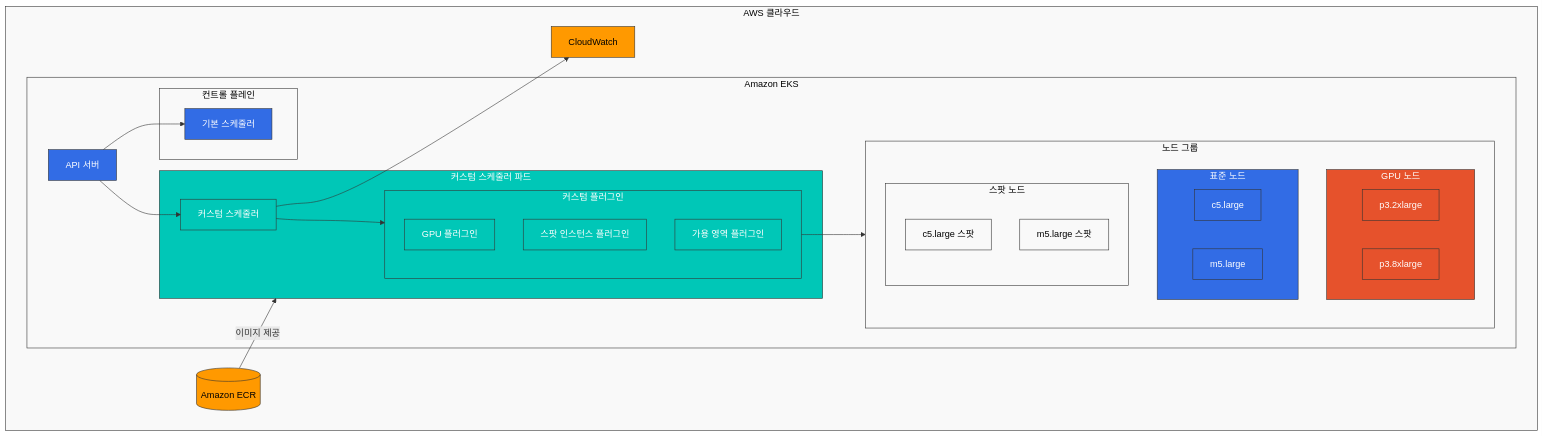
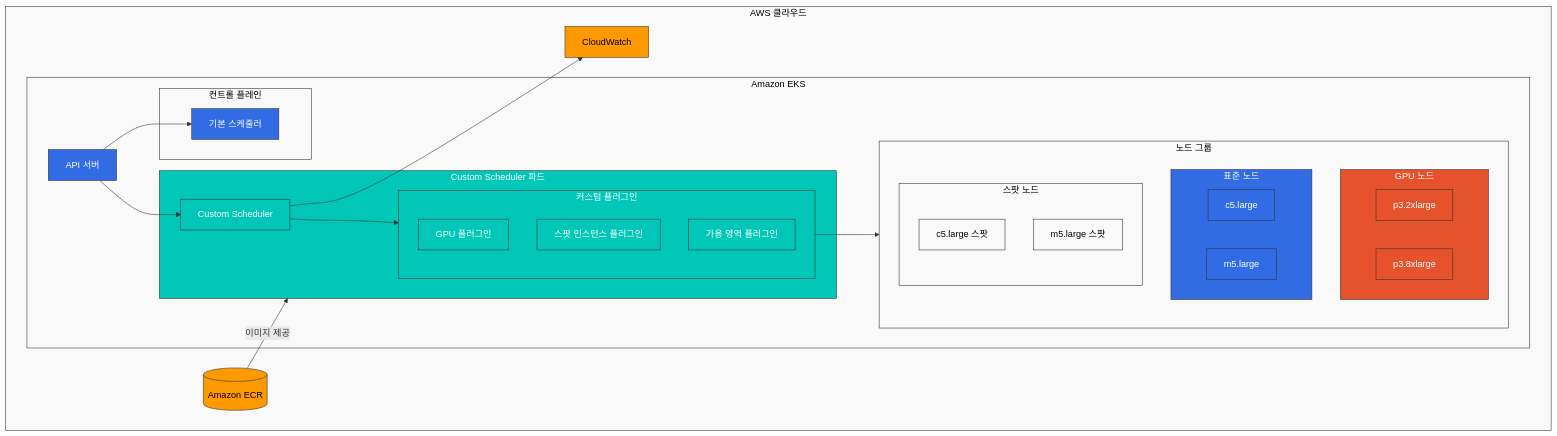
The fifth of 5 diagrams in advanced/02-custom-scheduler-part2.md (Atom-oh/kubernetes-docs), drawn with Mermaid before and after one commit. The commit also changed other lines of this file and 2 other files, not shown here.

Commit message:
Update custom scheduler files with standardized title format and fixed mermaid diagrams

````diff
--- a/advanced/02-custom-scheduler-part2.md
+++ b/advanced/02-custom-scheduler-part2.md
@@ -630,61 +630,61 @@
 ```mermaid
 flowchart TD
     subgraph AWS [AWS 클라우드]
         subgraph EKS [Amazon EKS]
             APIServer[API 서버]
             
             subgraph ControlPlane [컨트롤 플레인]
                 DefaultScheduler[기본 스케줄러]
             end
             
-            subgraph CustomSchedulerPod [커스텀 스케줄러 파드]
-                CustomScheduler[커스텀 스케줄러]
+            subgraph CustomSchedulerPod [Custom Scheduler 파드]
+                CustomScheduler[Custom Scheduler]
                 
                 subgraph CustomPlugins [커스텀 플러그인]
                     GPUPlugin[GPU 플러그인]
                     SpotPlugin[스팟 인스턴스 플러그인]
                     AZPlugin[가용 영역 플러그인]
                 end
             end
             
             subgraph NodeGroups [노드 그룹]
                 subgraph GPUNodes [GPU 노드]
                     GPUNode1[p3.2xlarge]
                     GPUNode2[p3.8xlarge]
                 end
                 
                 subgraph StandardNodes [표준 노드]
                     Node1[c5.large]
                     Node2[m5.large]
                 end
                 
                 subgraph SpotNodes [스팟 노드]
                     SpotNode1[c5.large 스팟]
                     SpotNode2[m5.large 스팟]
                 end
             end
         end
         
         ECR[(Amazon ECR)]
         CloudWatch[CloudWatch]
     end
     
     ECR -- 이미지 제공 --> CustomSchedulerPod
     APIServer --> DefaultScheduler
     APIServer --> CustomScheduler
     CustomScheduler --> CustomPlugins
     CustomPlugins --> NodeGroups
     CustomScheduler --> CloudWatch
     
     classDef awsService fill:#FF9900,stroke:#333,stroke-width:1px,color:black;
     classDef k8sComponent fill:#326CE5,stroke:#333,stroke-width:1px,color:white;
     classDef customComponent fill:#00C7B7,stroke:#333,stroke-width:1px,color:white;
     classDef gpuNode fill:#E6522C,stroke:#333,stroke-width:1px,color:white;
     classDef default fill:#f9f9f9,stroke:#333,stroke-width:1px,color:black;
     
     class ECR,CloudWatch awsService;
     class APIServer,DefaultScheduler,Node1,Node2,StandardNodes k8sComponent;
     class CustomScheduler,CustomPlugins,GPUPlugin,SpotPlugin,AZPlugin,CustomSchedulerPod customComponent;
     class GPUNode1,GPUNode2,GPUNodes gpuNode;
     class AWS,EKS,ControlPlane,NodeGroups,SpotNodes,SpotNode1,SpotNode2 default;
 ```
````
